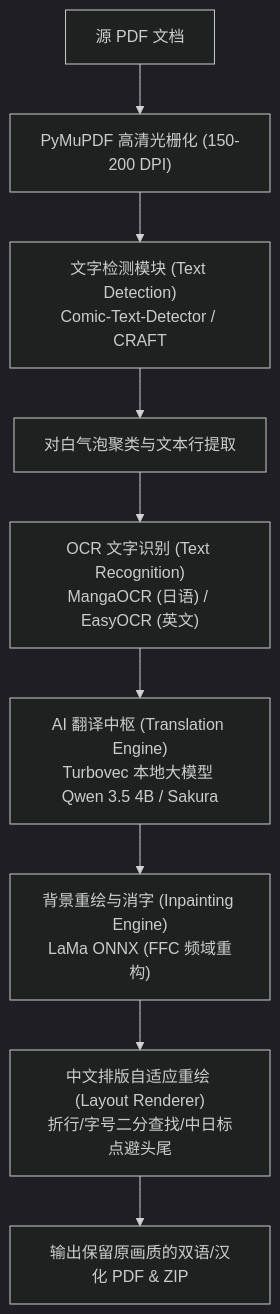
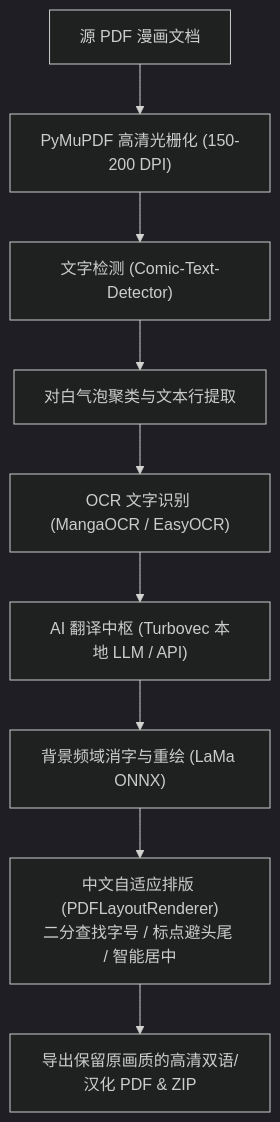
Before and after one commit to TeeChinYean/Manga_Translate: the diagram in README.md, drawn with Mermaid (dark theme). The commit also changed other lines of this file and 25 other files, not shown here.

````diff
--- a/README.md
+++ b/README.md
@@ -9,11 +43,11 @@
 ```mermaid
 flowchart TD
-    A["源 PDF 文档"] --> B["PyMuPDF 高清光栅化 (150-200 DPI)"]
-    B --> C["文字检测模块 (Text Detection)<br>Comic-Text-Detector / CRAFT"]
+    A["源 PDF 漫画文档"] --> B["PyMuPDF 高清光栅化 (150-200 DPI)"]
+    B --> C["文字检测 (Comic-Text-Detector)"]
     C --> D["对白气泡聚类与文本行提取"]
-    D --> E["OCR 文字识别 (Text Recognition)<br>MangaOCR (日语) / EasyOCR (英文)"]
-    E --> F["AI 翻译中枢 (Translation Engine)<br>Turbovec 本地大模型 Qwen 3.5 4B / Sakura"]
-    F --> G["背景重绘与消字 (Inpainting Engine)<br>LaMa ONNX (FFC 频域重构)"]
-    G --> H["中文排版自适应重绘 (Layout Renderer)<br>折行/字号二分查找/中日标点避头尾"]
-    H --> I["输出保留原画质的双语/汉化 PDF & ZIP"]
+    D --> E["OCR 文字识别 (MangaOCR / EasyOCR)"]
+    E --> F["AI 翻译中枢 (Turbovec 本地 LLM / API)"]
+    F --> G["背景频域消字与重绘 (LaMa ONNX)"]
+    G --> H["中文自适应排版 (PDFLayoutRenderer)<br>二分查找字号 / 标点避头尾 / 智能居中"]
+    H --> I["导出保留原画质的高清双语/汉化 PDF & ZIP"]
 ```
````
